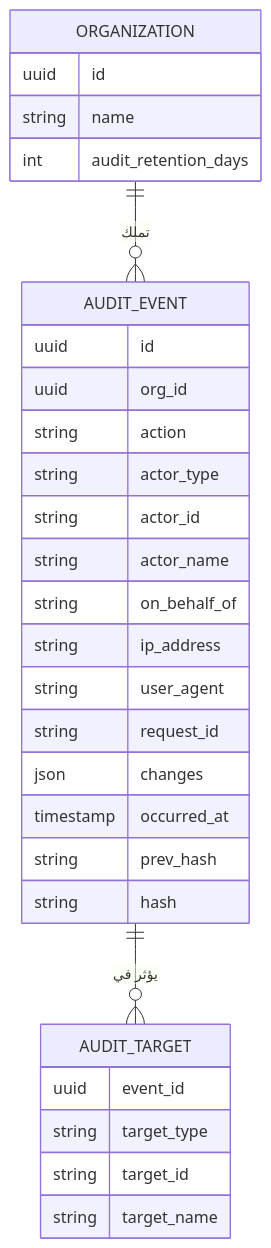
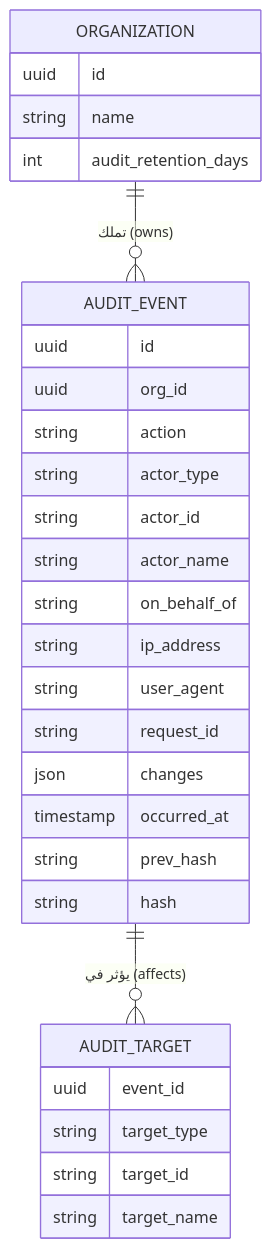
The fourth of 7 diagrams in saas/modules/07-operations.ar.md (Tamoura/system-design-for-vibe-coders), drawn with Mermaid before and after one commit. The commit also changed other lines of this file and 62 other files, not shown here.

First line of the commit message:
Arabic editions: English on every diagram label, RTL fixes, rebuild

````diff
--- a/saas/modules/07-operations.ar.md
+++ b/saas/modules/07-operations.ar.md
@@ -602,32 +602,32 @@
 ```mermaid
 erDiagram
-  ORGANIZATION ||--o{ AUDIT_EVENT : "تملك"
-  AUDIT_EVENT ||--o{ AUDIT_TARGET : "يؤثر في"
+  ORGANIZATION ||--o{ AUDIT_EVENT : "تملك (owns)"
+  AUDIT_EVENT ||--o{ AUDIT_TARGET : "يؤثر في (affects)"
   AUDIT_EVENT {
     uuid id
     uuid org_id
     string action
     string actor_type
     string actor_id
     string actor_name
     string on_behalf_of
     string ip_address
     string user_agent
     string request_id
     json changes
     timestamp occurred_at
     string prev_hash
     string hash
   }
   AUDIT_TARGET {
     uuid event_id
     string target_type
     string target_id
     string target_name
   }
   ORGANIZATION {
     uuid id
     string name
     int audit_retention_days
   }
 ```
````
